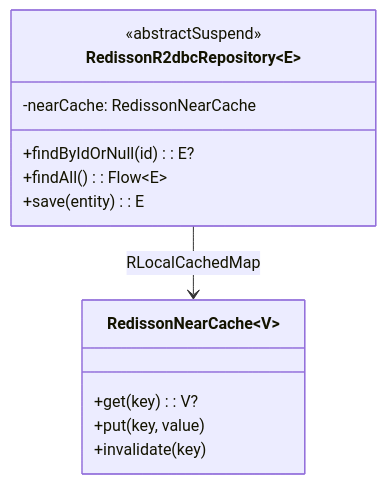
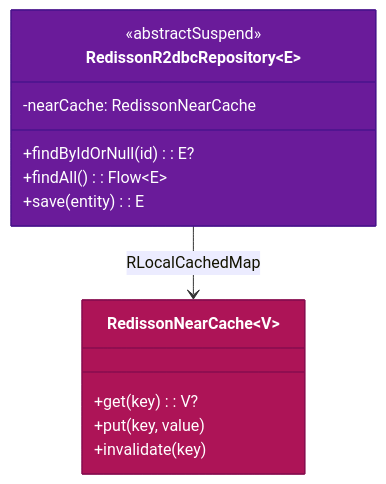
The first of 5 diagrams in data/exposed-r2dbc-redisson/README.md (bluetape4k/bluetape4k-projects), drawn with Mermaid before and after one commit. The commit also changed other lines of this file and 221 other files, not shown here.

First line of the commit message:
docs: 전체 모듈 README UML 다이어그램 보강 및 색상 업그레이드

````diff
--- a/data/exposed-r2dbc-redisson/README.md
+++ b/data/exposed-r2dbc-redisson/README.md
@@ -130,18 +130,20 @@
 ```mermaid
 classDiagram
     direction TB
     class RedissonR2dbcRepository~E~ {
         <<abstractSuspend>>
         -nearCache: RedissonNearCache
         +findByIdOrNull(id): E?
         +findAll(): Flow~E~
         +save(entity): E
     }
     class RedissonNearCache~V~ {
         +get(key): V?
         +put(key, value)
         +invalidate(key)
     }
     RedissonR2dbcRepository --> RedissonNearCache : RLocalCachedMap
 
+    style RedissonR2dbcRepository fill:#6A1B9A,stroke:#4A148C,color:#FFFFFF
+    style RedissonNearCache fill:#AD1457,stroke:#880E4F,color:#FFFFFF
 ```
````
